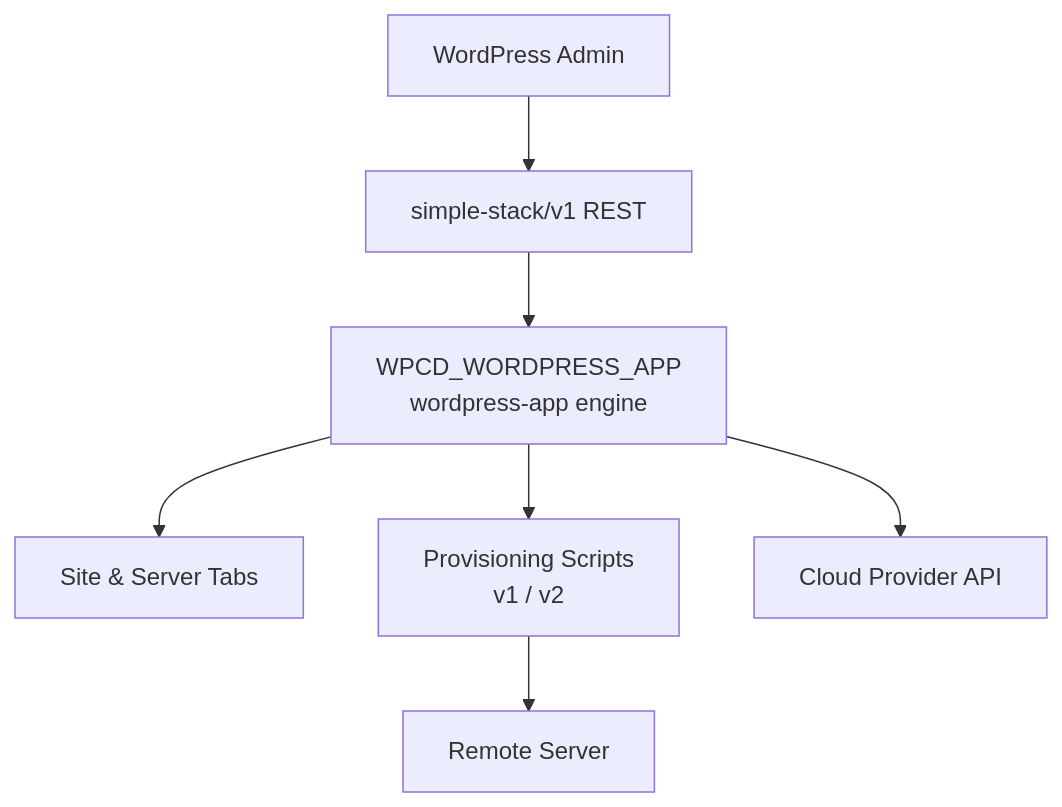
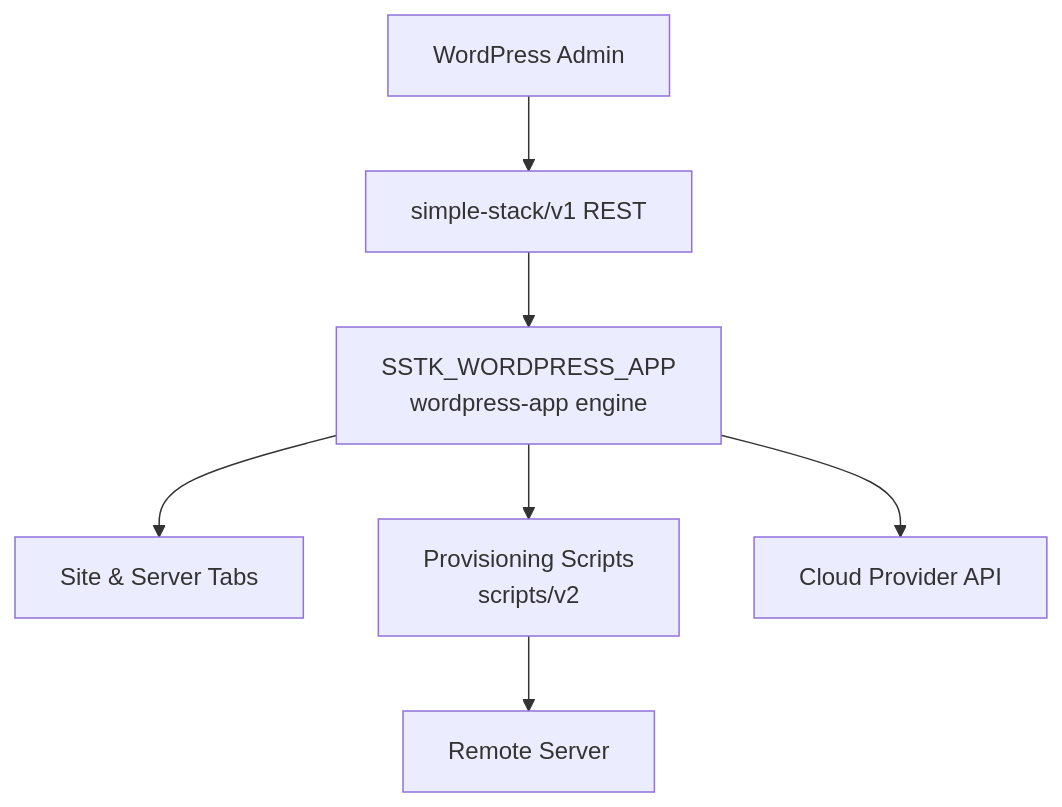
The first of 8 diagrams in .qoder/repowiki/en/content/WordPress Application Engine/WordPress Application Engine.md (onedogsolutions/simple-stack), drawn with Mermaid before and after one commit. The commit also changed other lines of this file and 5941 other files, not shown here.

````diff
--- a/.qoder/repowiki/en/content/WordPress Application Engine/WordPress Application Engine.md
+++ b/.qoder/repowiki/en/content/WordPress Application Engine/WordPress Application Engine.md
@@ -61,16 +61,16 @@
 ```mermaid
 graph TB
 WP["WordPress Admin"]
 REST["simple-stack/v1 REST"]
-APP["WPCD_WORDPRESS_APP<br/>wordpress-app engine"]
+APP["SSTK_WORDPRESS_APP<br/>wordpress-app engine"]
 TABS["Site & Server Tabs"]
-SCRIPTS["Provisioning Scripts<br/>v1 / v2"]
+SCRIPTS["Provisioning Scripts<br/>scripts/v2"]
 SERVER["Remote Server"]
 PROVIDER["Cloud Provider API"]
 WP --> REST
 REST --> APP
 APP --> TABS
 APP --> SCRIPTS
 SCRIPTS --> SERVER
 APP --> PROVIDER
 ```
````
